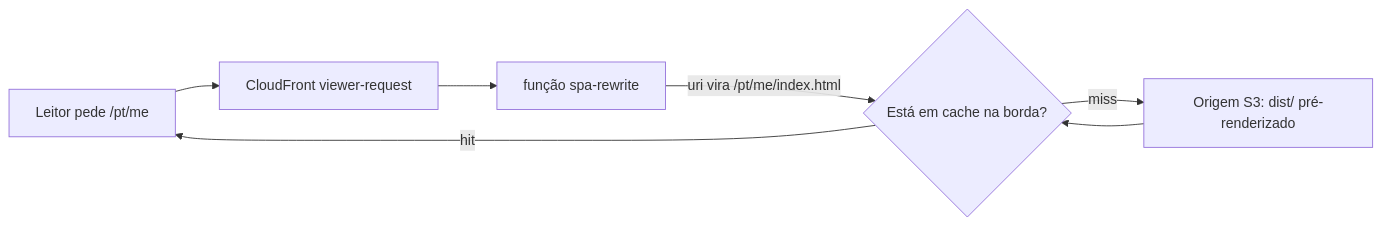
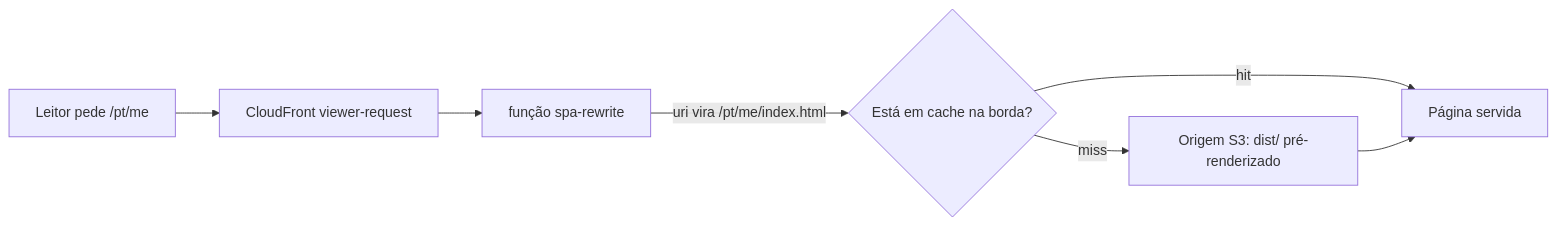
The second of 4 diagrams in apps/fed/src/content/architecture.pt.md (tedeuxx/tadeumendonca-io), drawn with Mermaid before and after one commit. The commit also changed other lines of this file and 3 other files, not shown here.

````diff
--- a/apps/fed/src/content/architecture.pt.md
+++ b/apps/fed/src/content/architecture.pt.md
@@ -40,11 +40,11 @@
 ```mermaid
 flowchart LR
   accTitle: Como uma requisição vira uma página
-  accDescr: Um leitor pede uma URL sem barra final. O CloudFront roda a função spa-rewrite no viewer-request, que acrescenta index.html. Um hit de cache responde na borda; um miss busca o objeto pré-renderizado na origem S3.
+  accDescr: Um leitor pede uma URL sem barra final. O CloudFront roda a função spa-rewrite no viewer-request, que acrescenta index.html. Daí o caminho segue num sentido só e se junta de novo no fim — um hit de cache leva direto à página servida; um miss busca o objeto pré-renderizado na origem S3, e a origem leva à mesma página servida. O leitor aparece uma vez, no começo, e a página servida uma vez, no fim.
   R["Leitor pede /pt/me"] --> V["CloudFront viewer-request"]
   V --> F["função spa-rewrite"]
   F -- "uri vira /pt/me/index.html" --> C{"Está em cache na borda?"}
-  C -- "hit" --> R
+  C -- "hit" --> P["Página servida"]
   C -- "miss" --> S["Origem S3: dist/ pré-renderizado"]
-  S --> C
+  S --> P
 ```
````
